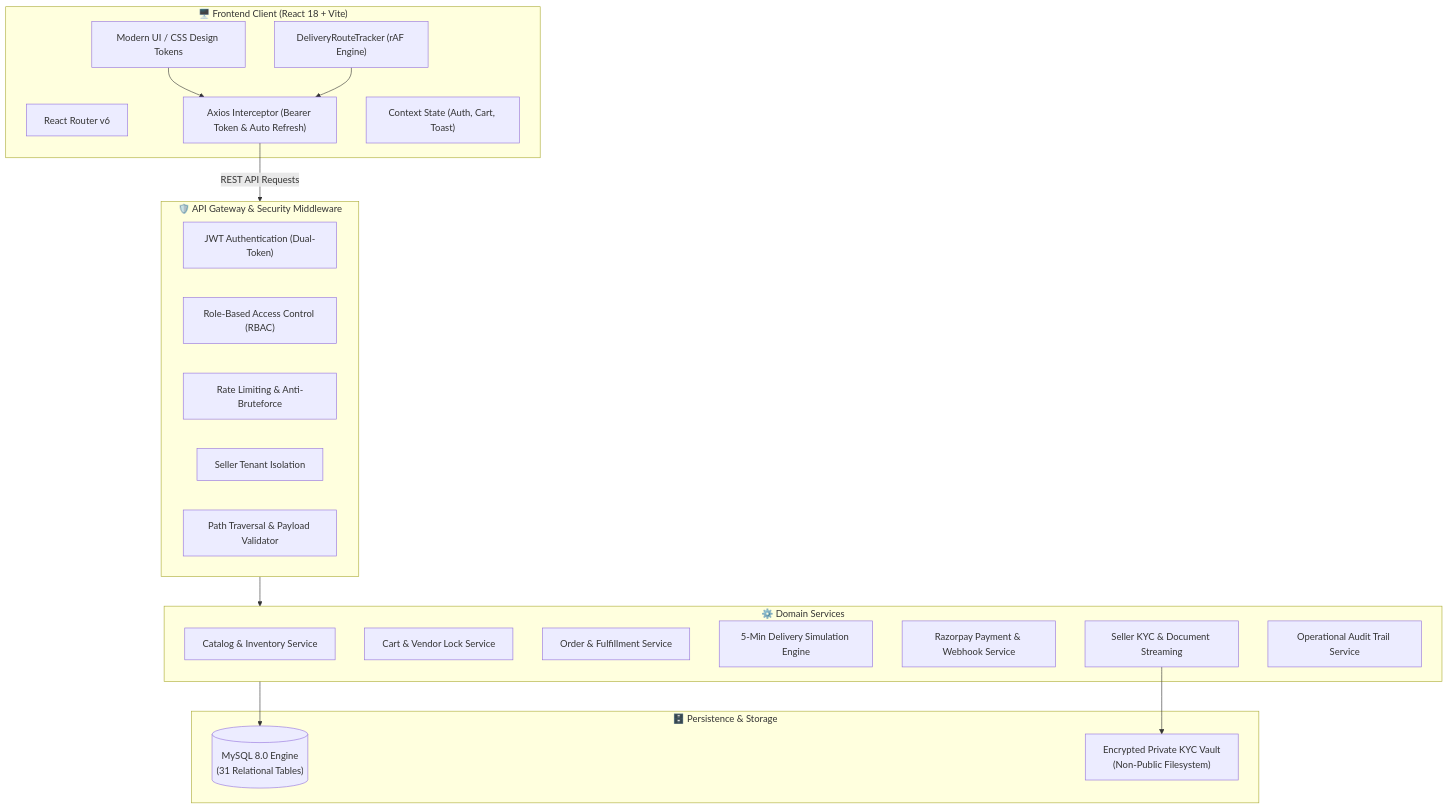
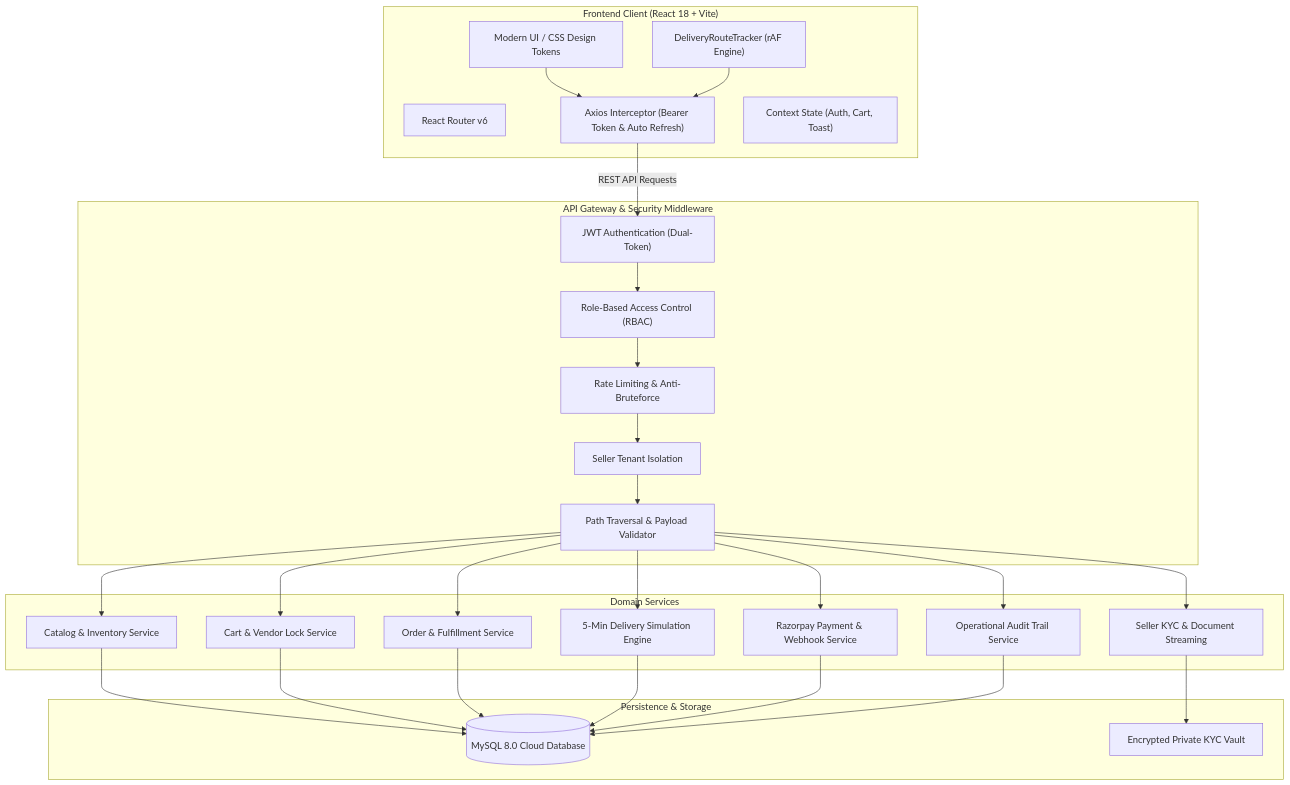
One commit to VLakshmiChandana/Mithai_Mahal changed the first of 3 diagrams in README.md. Above: the diagram before and after it, drawn with Mermaid. The commit also changed other lines of this file, not shown here.

Commit message:
Fix Mermaid diagram syntax in README for GitHub markdown renderer

````diff
--- a/README.md
+++ b/README.md
@@ -59,40 +59,55 @@
 ```mermaid
 flowchart TD
-    subgraph ClientLayer["🖥️ Frontend Client (React 18 + Vite)"]
+    subgraph ClientLayer["Frontend Client (React 18 + Vite)"]
         UI["Modern UI / CSS Design Tokens"]
         Router["React Router v6"]
         AxiosClient["Axios Interceptor (Bearer Token & Auto Refresh)"]
         State["Context State (Auth, Cart, Toast)"]
         DeliveryTracker["DeliveryRouteTracker (rAF Engine)"]
     end
 
-    subgraph SecurityLayer["🛡️ API Gateway & Security Middleware"]
+    subgraph SecurityLayer["API Gateway & Security Middleware"]
         AuthMiddleware["JWT Authentication (Dual-Token)"]
         RBAC["Role-Based Access Control (RBAC)"]
         RateLimit["Rate Limiting & Anti-Bruteforce"]
         TenantFilter["Seller Tenant Isolation"]
         Sanitizer["Path Traversal & Payload Validator"]
     end
 
-    subgraph ServiceLayer["⚙️ Domain Services"]
+    subgraph ServiceLayer["Domain Services"]
         CatalogService["Catalog & Inventory Service"]
         CartService["Cart & Vendor Lock Service"]
         OrderService["Order & Fulfillment Service"]
         DeliveryEngine["5-Min Delivery Simulation Engine"]
         PaymentEngine["Razorpay Payment & Webhook Service"]
         KYCService["Seller KYC & Document Streaming"]
         AuditService["Operational Audit Trail Service"]
     end
 
-    subgraph DataStorage["🗄️ Persistence & Storage"]
-        MySQL[("MySQL 8.0 Engine\n(31 Relational Tables)")]
-        PrivateStorage["Encrypted Private KYC Vault\n(Non-Public Filesystem)"]
+    subgraph DataStorage["Persistence & Storage"]
+        MySQL[("MySQL 8.0 Cloud Database")]
+        PrivateStorage["Encrypted Private KYC Vault"]
     end
 
     UI --> AxiosClient
     DeliveryTracker --> AxiosClient
-    AxiosClient -->|REST API Requests| SecurityLayer
-    SecurityLayer --> ServiceLayer
-    ServiceLayer --> MySQL
+    AxiosClient -->|REST API Requests| AuthMiddleware
+    AuthMiddleware --> RBAC
+    RBAC --> RateLimit
+    RateLimit --> TenantFilter
+    TenantFilter --> Sanitizer
+    Sanitizer --> CatalogService
+    Sanitizer --> CartService
+    Sanitizer --> OrderService
+    Sanitizer --> DeliveryEngine
+    Sanitizer --> PaymentEngine
+    Sanitizer --> KYCService
+    Sanitizer --> AuditService
+    CatalogService --> MySQL
+    CartService --> MySQL
+    OrderService --> MySQL
+    DeliveryEngine --> MySQL
+    PaymentEngine --> MySQL
+    AuditService --> MySQL
     KYCService --> PrivateStorage
 ```
````
